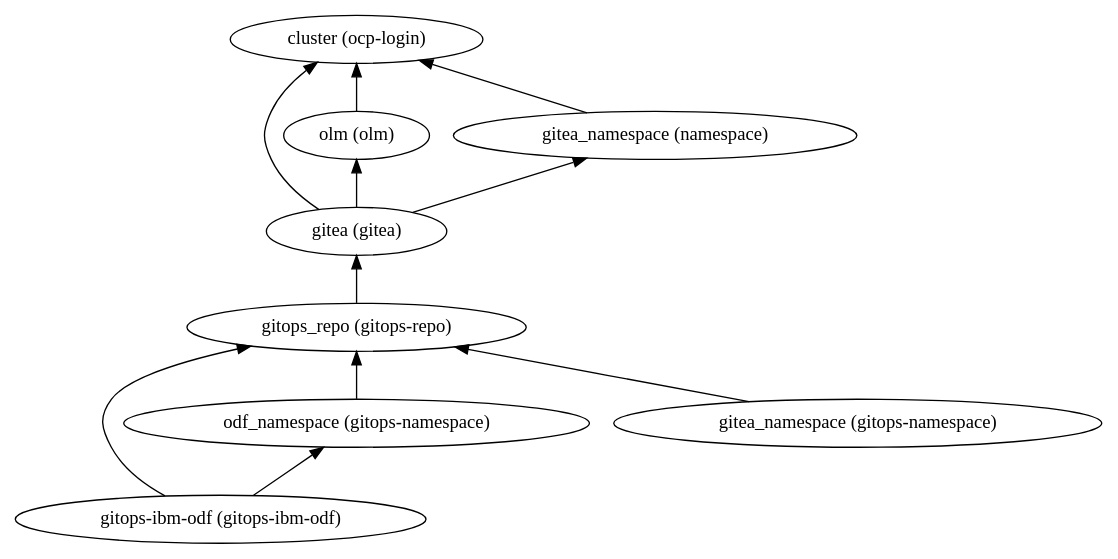
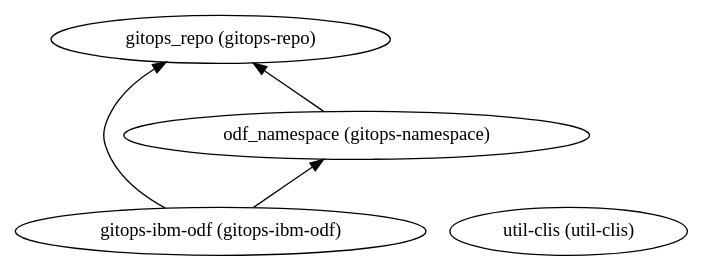
Before and after one commit to IBM/automation-integration-platform: the diagram in 210-ibm-odf-storage/dependencies.dot, drawn with Graphviz. The commit also changed 112 other files, not shown here.

```diff
--- a/210-ibm-odf-storage/dependencies.dot
+++ b/210-ibm-odf-storage/dependencies.dot
@@ -1,21 +1,10 @@
 digraph {
     rankdir="BT"
-    "gitea (gitea)" -> "cluster (ocp-login)"
-"gitea (gitea)" -> "olm (olm)"
-"gitea (gitea)" -> "gitea_namespace (namespace)"
-"gitea (gitea)"
-"cluster (ocp-login)"
-"olm (olm)" -> "cluster (ocp-login)"
-"olm (olm)"
-"gitea_namespace (namespace)" -> "cluster (ocp-login)"
-"gitea_namespace (namespace)"
-"gitops-ibm-odf (gitops-ibm-odf)" -> "gitops_repo (gitops-repo)"
+    "gitops-ibm-odf (gitops-ibm-odf)" -> "gitops_repo (gitops-repo)"
 "gitops-ibm-odf (gitops-ibm-odf)" -> "odf_namespace (gitops-namespace)"
 "gitops-ibm-odf (gitops-ibm-odf)"
-"gitops_repo (gitops-repo)" -> "gitea (gitea)"
 "gitops_repo (gitops-repo)"
 "odf_namespace (gitops-namespace)" -> "gitops_repo (gitops-repo)"
 "odf_namespace (gitops-namespace)"
-"gitea_namespace (gitops-namespace)" -> "gitops_repo (gitops-repo)"
-"gitea_namespace (gitops-namespace)"
+"util-clis (util-clis)"
   }
```
